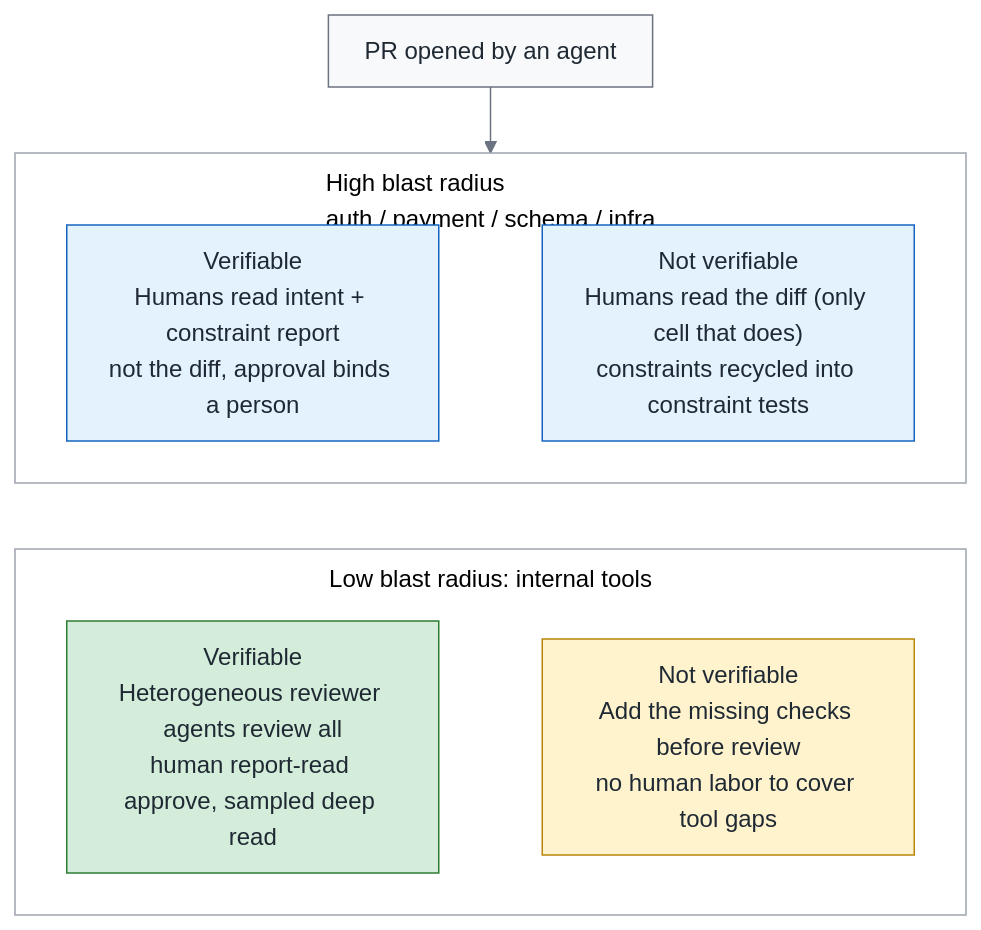
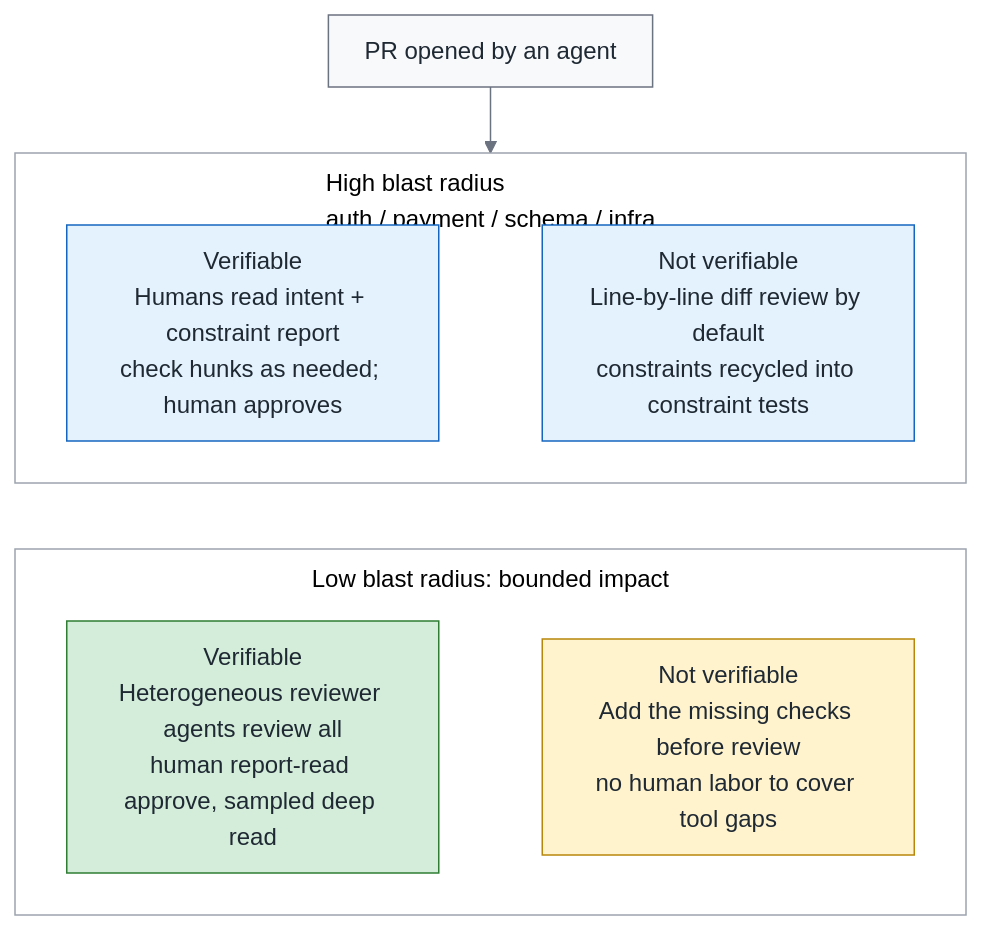
One commit to fantasybz/medium-articles changed the first of 4 diagrams in 2026-10-green-review/article.en.md. Above: the diagram before and after it, drawn with Mermaid. The commit also changed other lines of this file and 93 other files, not shown here.

````diff
--- a/2026-10-green-review/article.en.md
+++ b/2026-10-green-review/article.en.md
@@ -122,45 +122,45 @@
 ```mermaid
 ---
 config:
   theme: base
   themeVariables:
     fontSize: 16px
     primaryColor: "#f8f9fa"
     primaryTextColor: "#1f2933"
     primaryBorderColor: "#6b7280"
     lineColor: "#6b7280"
     secondaryColor: "#f8f9fa"
     tertiaryColor: "#ffffff"
     clusterBkg: "#ffffff"
     clusterBorder: "#9ca3af"
     edgeLabelBackground: "#ffffff"
   flowchart:
     nodeSpacing: 36
     rankSpacing: 44
     padding: 12
     htmlLabels: true
     subGraphTitleMargin:
       top: 8
       bottom: 12
     curve: basis
 ---
 flowchart TB
     classDef own fill:#d4edda,stroke:#2e7d32,color:#1f2933
     classDef buy fill:#fff3cd,stroke:#b8860b,color:#1f2933
     classDef bad fill:#ffe0e0,stroke:#c0392b,color:#1f2933
     classDef human fill:#e3f2fd,stroke:#1565c0,color:#1f2933
     P["PR opened by an agent"]
     subgraph hi["High blast radius<br/>auth / payment / schema / infra"]
         direction LR
-        A["Verifiable<br/>Humans read intent + constraint report<br/>not the diff, approval binds a person"] ~~~ B["Not verifiable<br/>Humans read the diff (only cell that does)<br/>constraints recycled into constraint tests"]
+        A["Verifiable<br/>Humans read intent + constraint report<br/>check hunks as needed; human approves"] ~~~ B["Not verifiable<br/>Line-by-line diff review by default<br/>constraints recycled into constraint tests"]
     end
-    subgraph lo["Low blast radius: internal tools"]
+    subgraph lo["Low blast radius: bounded impact"]
         direction LR
         C["Verifiable<br/>Heterogeneous reviewer agents review all<br/>human report-read approve, sampled deep read"] ~~~ D["Not verifiable<br/>Add the missing checks before review<br/>no human labor to cover tool gaps"]
     end
     P --> hi
     hi ~~~ lo
     class A,B human
     class C own
     class D buy
 ```
````
